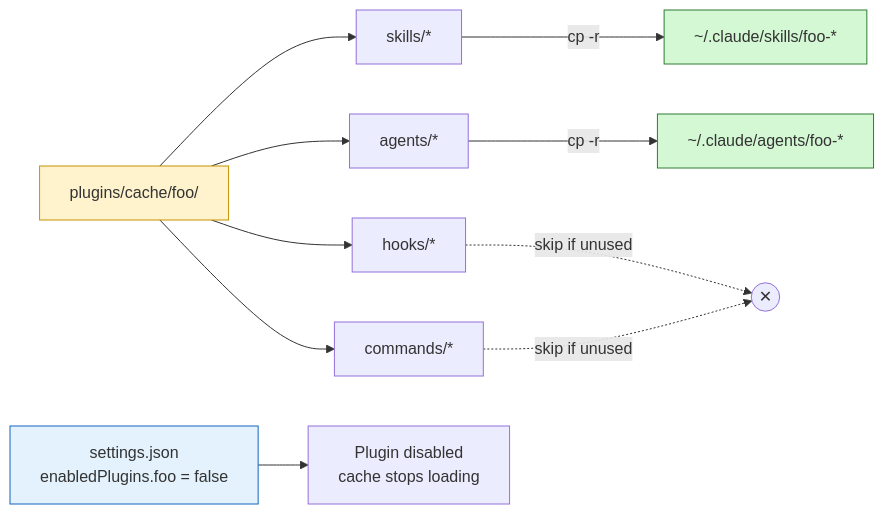
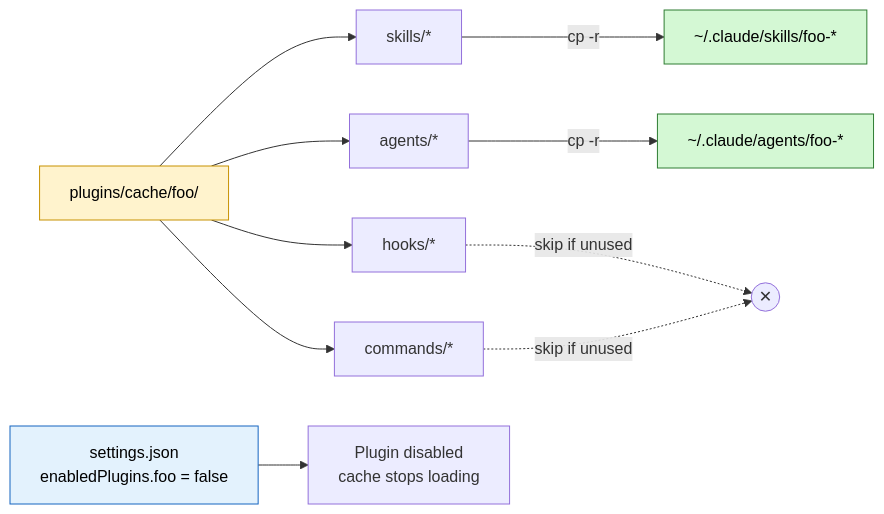
The fifth of 6 diagrams in src/app/articles/Cutting-Claude-Code-Initial-Context-Bloat/content.mdx (laststance/laststance.io), drawn with Mermaid before and after one commit. The commit also changed other lines of this file and 4 other files, not shown here.

````diff
--- a/src/app/articles/Cutting-Claude-Code-Initial-Context-Bloat/content.mdx
+++ b/src/app/articles/Cutting-Claude-Code-Initial-Context-Bloat/content.mdx
@@ -269,18 +256,18 @@
 ```mermaid
 flowchart LR
     PC[plugins/cache/foo/]:::plug --> S1[skills/*]
     PC --> A1[agents/*]
     PC --> H1[hooks/*]
     PC --> C1[commands/*]
 
     S1 -- cp -r --> US[~/.claude/skills/foo-*]:::user
     A1 -- cp -r --> UA[~/.claude/agents/foo-*]:::user
     H1 -.skip if unused.-> X((✕))
     C1 -.skip if unused.-> X
 
     PD[settings.json<br/>enabledPlugins.foo = false]:::cfg --> Disable[Plugin disabled<br/>cache stops loading]
 
-    classDef plug fill:#fff3cd,stroke:#c79100
-    classDef user fill:#d4f8d4,stroke:#2e7d32
-    classDef cfg fill:#e3f2fd,stroke:#1565c0
+    classDef plug fill:#fff3cd,stroke:#c79100,color:#000
+    classDef user fill:#d4f8d4,stroke:#2e7d32,color:#000
+    classDef cfg fill:#e3f2fd,stroke:#1565c0,color:#000
 ```
````
